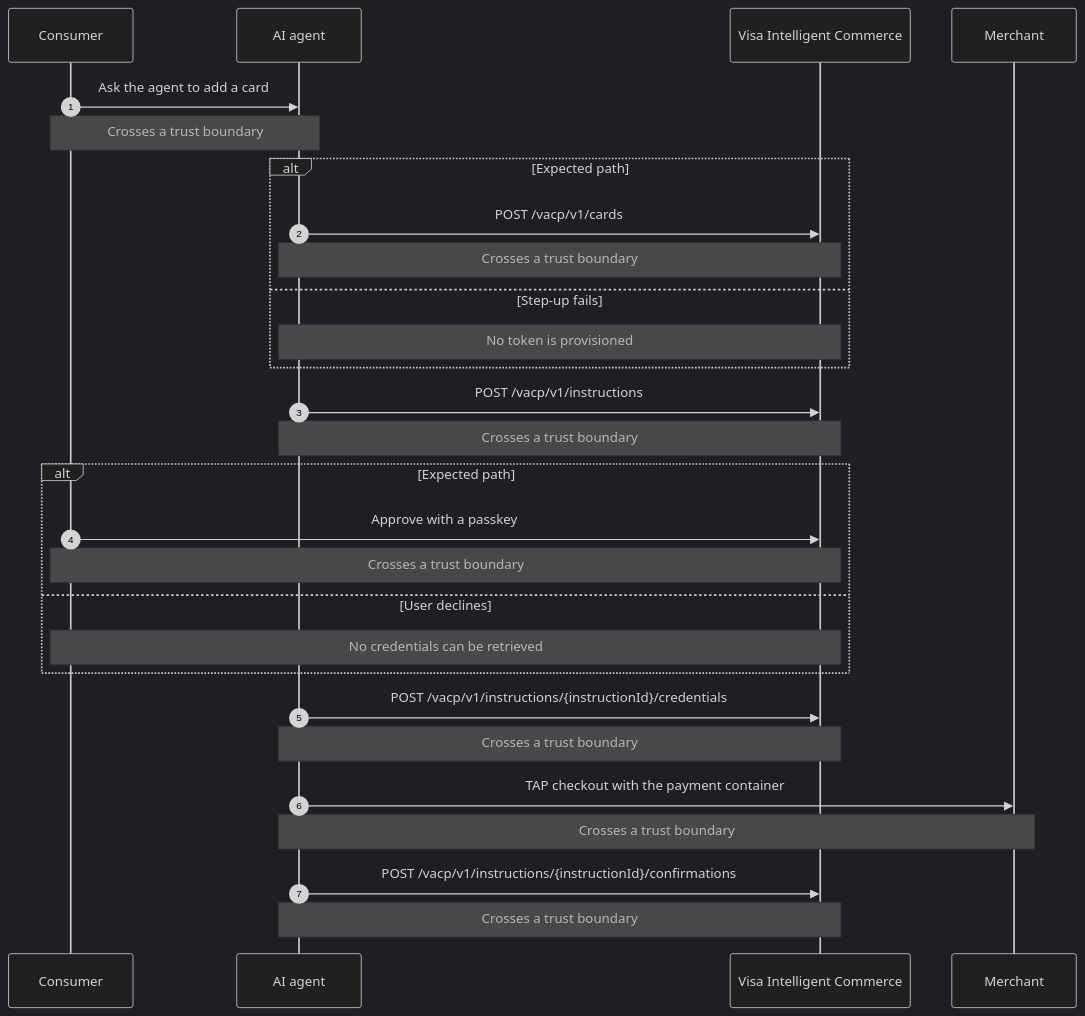
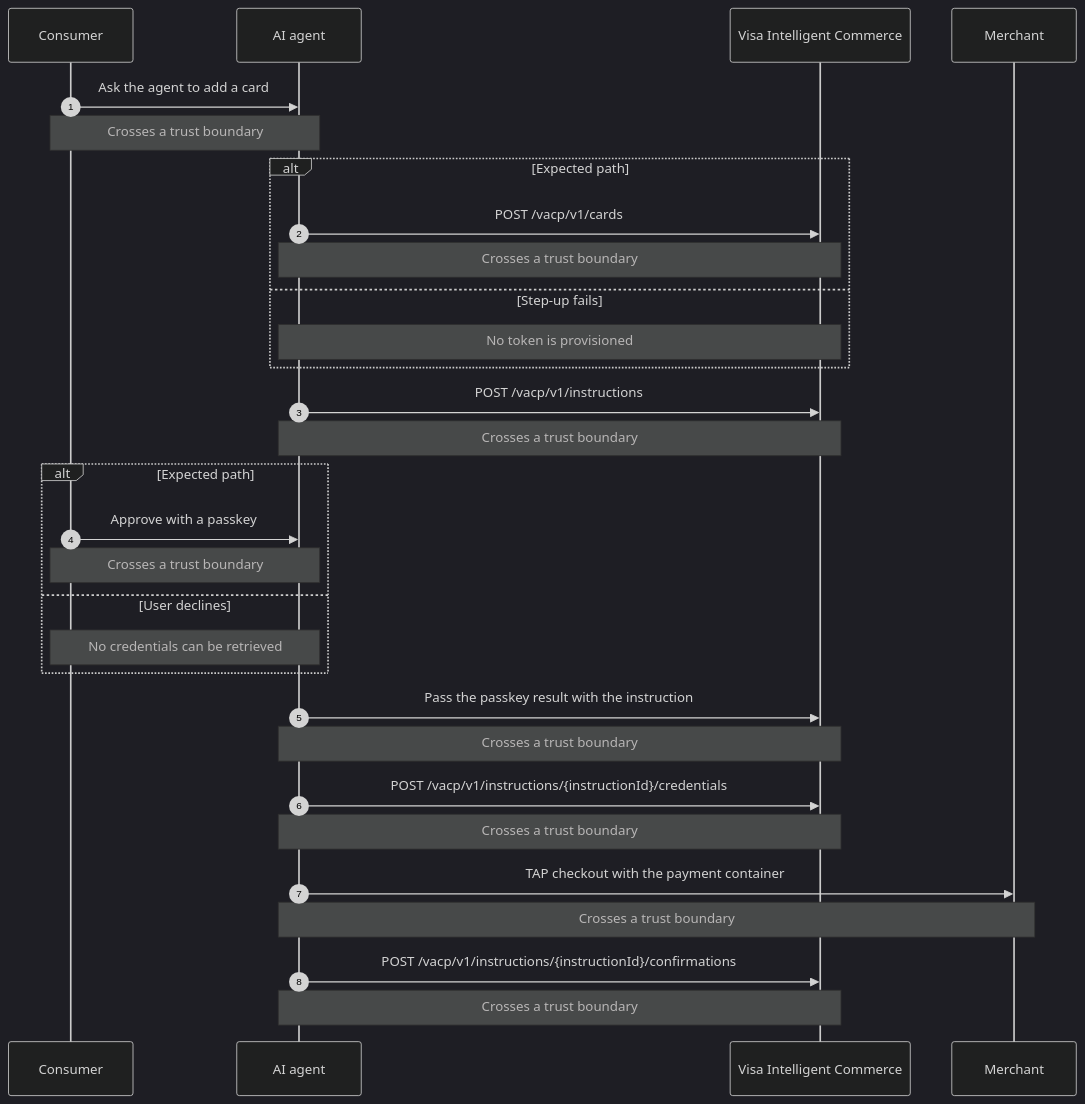
Before and after one commit to mercesAI/agentic-rails-atlas: the diagram in src/generated/mermaid/visa-tap-vic-token-passkey.mmd, drawn with Mermaid (dark theme). The commit also changed 15 other files, not shown here.

Commit message:
fix(visa-tap): apply verifier required fixes

```diff
--- a/src/generated/mermaid/visa-tap-vic-token-passkey.mmd
+++ b/src/generated/mermaid/visa-tap-vic-token-passkey.mmd
@@ -1,30 +1,32 @@
 sequenceDiagram
   accTitle: Visa Intelligent Commerce link: token, passkey and instruction behind a TAP checkout
-  accDescr: Sequence diagram: Visa Intelligent Commerce link: token, passkey and instruction behind a TAP checkout. 4 participants: Consumer, AI agent, Visa Intelligent Commerce, and Merchant. 7 steps, 7 crossing a trust boundary, 2 failure branches. Based on visa-tap TAP spec, unversioned (read 2026-10-11) (2025-10-14). Step 1: Consumer to AI agent: Ask the agent to add a card. This step crosses a trust boundary. Step 2: AI agent to Visa Intelligent Commerce: POST /vacp/v1/cards. This step crosses a trust boundary. If Step-up fails: No token is provisioned. Step 3: AI agent to Visa Intelligent Commerce: POST /vacp/v1/instructions. This step crosses a trust boundary. Step 4: Consumer to Visa Intelligent Commerce: Approve with a passkey. This step crosses a trust boundary. If User declines: No credentials can be retrieved. Step 5: AI agent to Visa Intelligent Commerce: POST /vacp/v1/instructions/ instructionId /credentials. This step crosses a trust boundary. Step 6: AI agent to Merchant: TAP checkout with the payment container. This step crosses a trust boundary. Step 7: AI agent to Visa Intelligent Commerce: POST /vacp/v1/instructions/ instructionId /confirmations. This step crosses a trust boundary.
+  accDescr: Sequence diagram: Visa Intelligent Commerce link: token, passkey and instruction behind a TAP checkout. 4 participants: Consumer, AI agent, Visa Intelligent Commerce, and Merchant. 8 steps, 8 crossing a trust boundary, 2 failure branches. Based on visa-tap TAP spec, unversioned (read 2026-10-11) (2025-10-14). Step 1: Consumer to AI agent: Ask the agent to add a card. This step crosses a trust boundary. Step 2: AI agent to Visa Intelligent Commerce: POST /vacp/v1/cards. This step crosses a trust boundary. If Step-up fails: No token is provisioned. Step 3: AI agent to Visa Intelligent Commerce: POST /vacp/v1/instructions. This step crosses a trust boundary. Step 4: Consumer to AI agent: Approve with a passkey. This step crosses a trust boundary. If User declines: No credentials can be retrieved. Step 5: AI agent to Visa Intelligent Commerce: Pass the passkey result with the instruction. This step crosses a trust boundary. Step 6: AI agent to Visa Intelligent Commerce: POST /vacp/v1/instructions/ instructionId /credentials. This step crosses a trust boundary. Step 7: AI agent to Merchant: TAP checkout with the payment container. This step crosses a trust boundary. Step 8: AI agent to Visa Intelligent Commerce: POST /vacp/v1/instructions/ instructionId /confirmations. This step crosses a trust boundary.
   autonumber
   participant p_user as Consumer
   participant p_agent as AI agent
   participant p_vic as Visa Intelligent Commerce
   participant p_merchant as Merchant
   p_user->>p_agent: Ask the agent to add a card
   Note over p_user,p_agent: Crosses a trust boundary
   alt Expected path
     p_agent->>p_vic: POST /vacp/v1/cards
     Note over p_agent,p_vic: Crosses a trust boundary
   else Step-up fails
     Note over p_agent,p_vic: No token is provisioned
   end
   p_agent->>p_vic: POST /vacp/v1/instructions
   Note over p_agent,p_vic: Crosses a trust boundary
   alt Expected path
-    p_user->>p_vic: Approve with a passkey
-    Note over p_user,p_vic: Crosses a trust boundary
+    p_user->>p_agent: Approve with a passkey
+    Note over p_user,p_agent: Crosses a trust boundary
   else User declines
-    Note over p_user,p_vic: No credentials can be retrieved
+    Note over p_user,p_agent: No credentials can be retrieved
   end
+  p_agent->>p_vic: Pass the passkey result with the instruction
+  Note over p_agent,p_vic: Crosses a trust boundary
   p_agent->>p_vic: POST /vacp/v1/instructions/#123;instructionId#125;/credentials
   Note over p_agent,p_vic: Crosses a trust boundary
   p_agent->>p_merchant: TAP checkout with the payment container
   Note over p_agent,p_merchant: Crosses a trust boundary
   p_agent->>p_vic: POST /vacp/v1/instructions/#123;instructionId#125;/confirmations
   Note over p_agent,p_vic: Crosses a trust boundary
```
